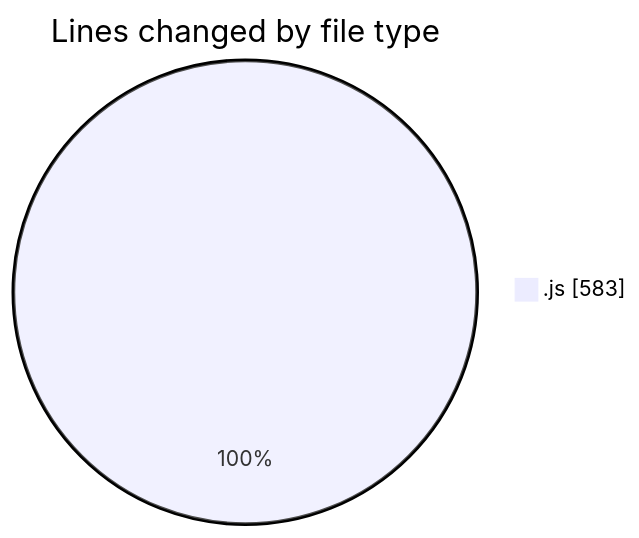
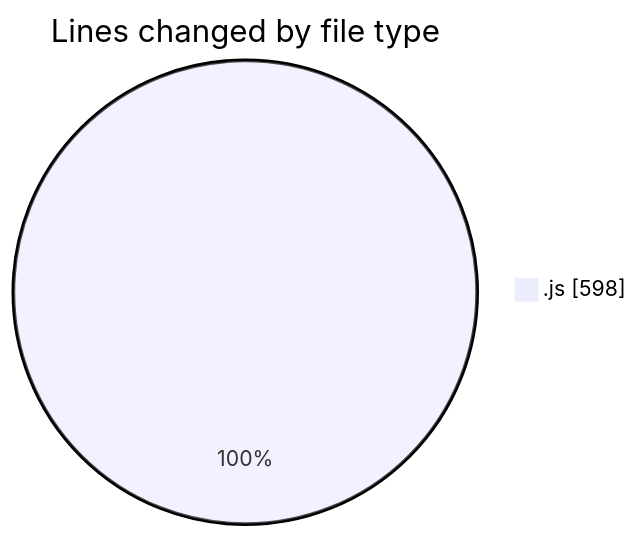
Before and after one commit to 3Nya3/code-tracking: the first of 2 diagrams in 2025-01-01/downloads/README.md, drawn with Mermaid. The commit also changed other lines of this file and 1 other file, not shown here.

````diff
--- a/2025-01-01/downloads/README.md
+++ b/2025-01-01/downloads/README.md
@@ -20,5 +20,5 @@
 ```mermaid
 pie showData
 title Lines changed by file type
-".js" : 583
+".js" : 598
 ```
````
